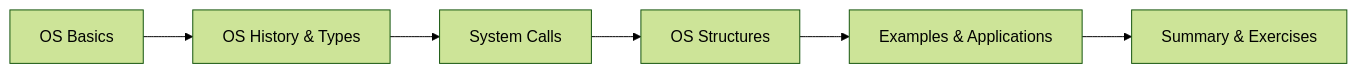
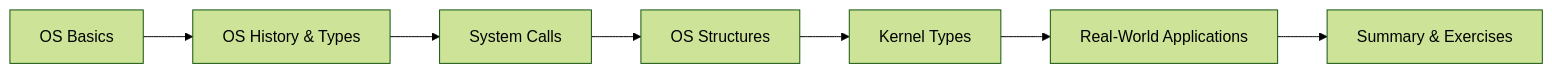
The diagram in docs/courses/operating-systems/01-introduction.md (Raushan666java/ai-engineering-journey), drawn with Mermaid (forest theme) before and after one commit. The commit also changed other lines of this file and 17 other files, not shown here.

```diff
--- a/docs/courses/operating-systems/01-introduction.md
+++ b/docs/courses/operating-systems/01-introduction.md
@@ -28,8 +42,9 @@
 <div class="mermaid">
 flowchart LR
     A[OS Basics] --> B[OS History & Types]
     B --> C[System Calls]
     C --> D[OS Structures]
-    D --> E[Examples & Applications]
-    E --> F[Summary & Exercises]
+    D --> E[Kernel Types]
+    E --> F[Real-World Applications]
+    F --> G[Summary & Exercises]
 </div>
```
